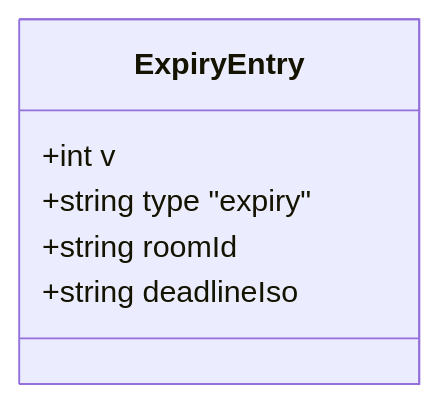
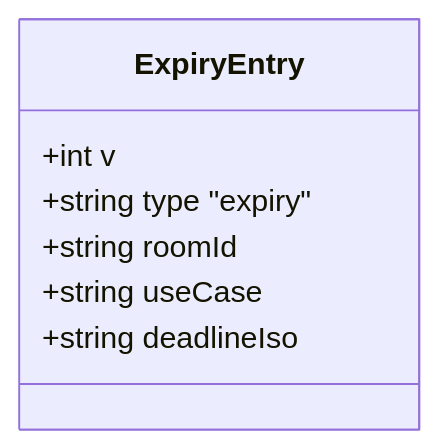
One commit to fabroche/ethglobal-lisboa-2026 changed the first of 2 diagrams in docs/modules/M1-session.md. Above: the diagram before and after it, drawn with Mermaid. The commit also changed other lines of this file and 4 other files, not shown here.

````diff
--- a/docs/modules/M1-session.md
+++ b/docs/modules/M1-session.md
@@ -44,9 +45,10 @@
 ```mermaid
 classDiagram
   class ExpiryEntry {
     +int v
     +string type "expiry"
     +string roomId
+    +string useCase
     +string deadlineIso
   }
 ```
````
